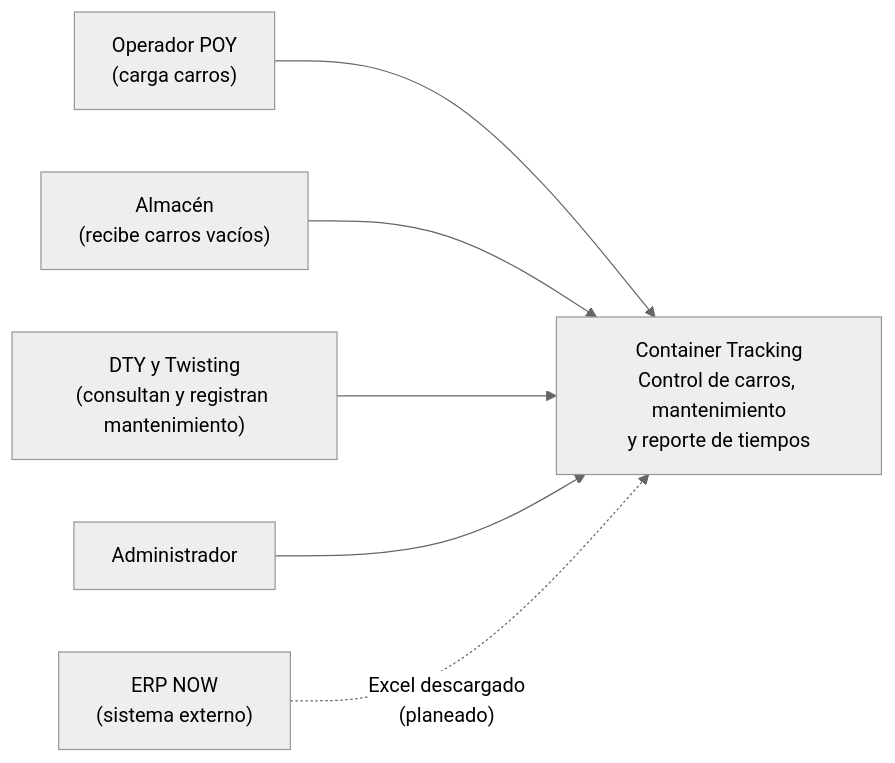
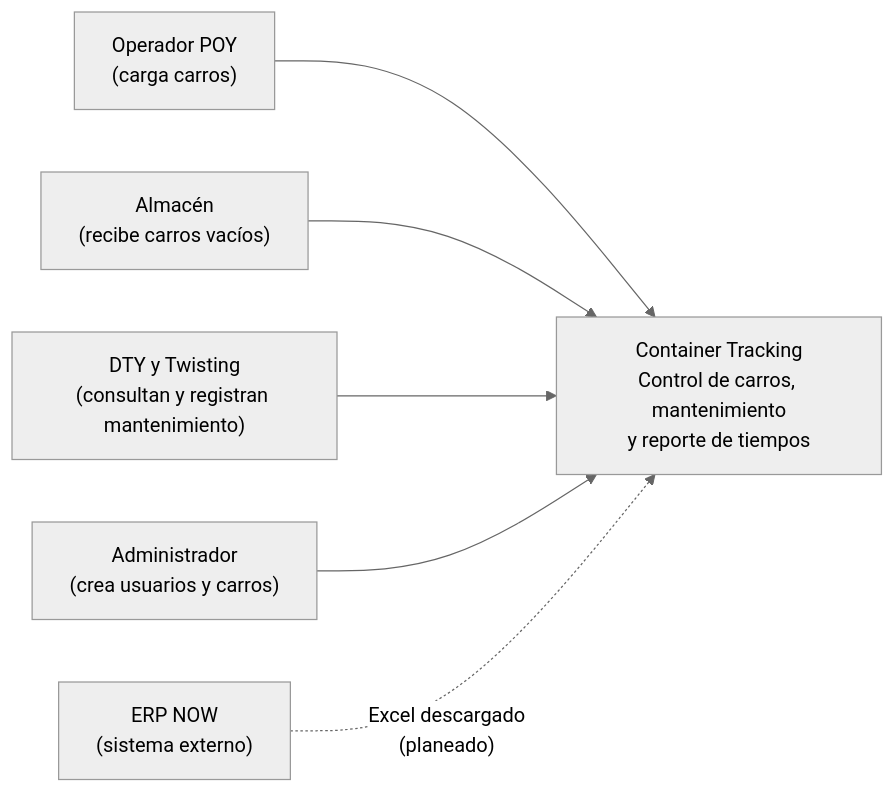
One commit to Jazzon001/Container-Tracking changed the first of 3 diagrams in docs/arquitectura.md. Above: the diagram before and after it, drawn with Mermaid (neutral theme). The commit also changed other lines of this file, not shown here.

````diff
--- a/docs/arquitectura.md
+++ b/docs/arquitectura.md
@@ -9,15 +9,15 @@
 ```mermaid
 flowchart LR
     poy["Operador POY<br/>(carga carros)"]
     alm["Almacén<br/>(recibe carros vacíos)"]
     dty["DTY y Twisting<br/>(consultan y registran mantenimiento)"]
-    adm["Administrador"]
+    adm["Administrador<br/>(crea usuarios y carros)"]
     sis["Container Tracking<br/>Control de carros, mantenimiento<br/>y reporte de tiempos"]
     now["ERP NOW<br/>(sistema externo)"]
 
     poy --> sis
     alm --> sis
     dty --> sis
     adm --> sis
     now -. "Excel descargado<br/>(planeado)" .-> sis
 ```
````
